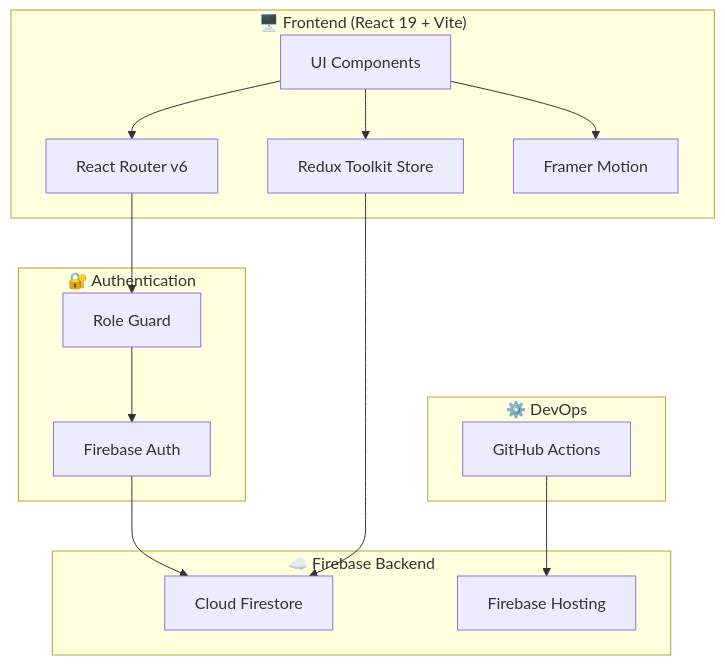
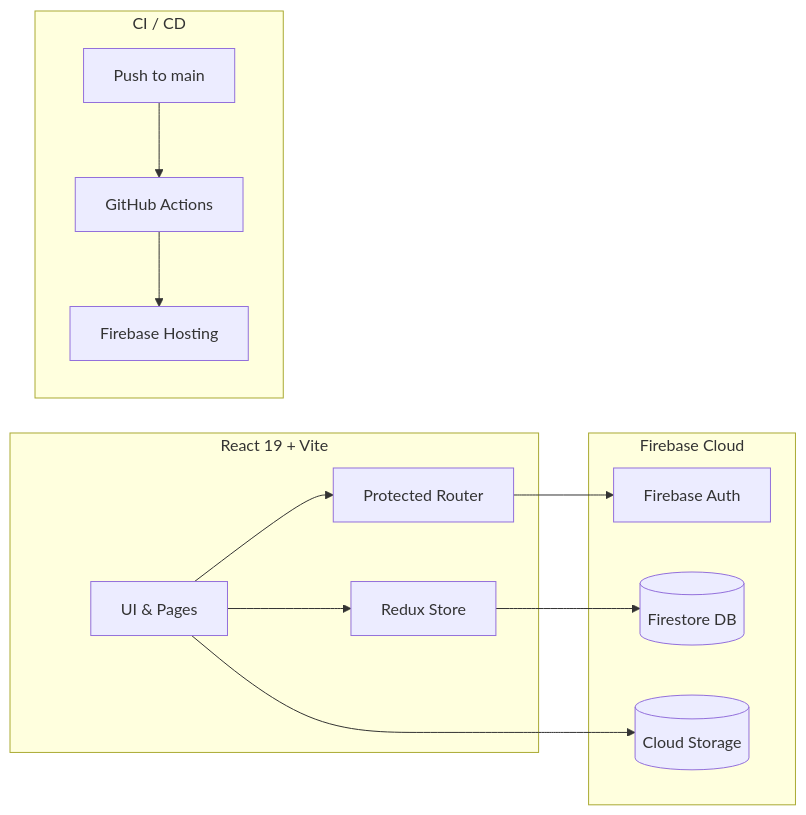
The diagram in README.md (ShelumHansana/SmartED), drawn with Mermaid before and after one commit. The commit also changed other lines of this file and 14 other files, not shown here.

````diff
--- a/README.md
+++ b/README.md
@@ -121,32 +33,17 @@
 ```mermaid
-graph TB
-    subgraph Client["🖥️ Frontend (React 19 + Vite)"]
-        UI["UI Components"]
-        Redux["Redux Toolkit Store"]
-        Router["React Router v6"]
-        FM["Framer Motion"]
+graph LR
+    subgraph Frontend["React 19 + Vite"]
+        UI[UI & Pages] --> Redux[Redux Store]
+        UI --> Router[Protected Router]
     end
 
-    subgraph Auth["🔐 Authentication"]
-        FA["Firebase Auth"]
-        RG["Role Guard"]
+    subgraph Firebase["Firebase Cloud"]
+        Router --> Auth[Firebase Auth]
+        Redux --> DB[(Firestore DB)]
+        UI --> Storage[(Cloud Storage)]
     end
 
-    subgraph Backend["☁️ Firebase Backend"]
-        FS["Cloud Firestore"]
-        FH["Firebase Hosting"]
+    subgraph DevOps["CI / CD"]
+        Git[Push to main] --> Actions[GitHub Actions] --> Hosting[Firebase Hosting]
     end
-
-    subgraph CI["⚙️ DevOps"]
-        GA["GitHub Actions"]
-    end
-
-    UI --> Redux
-    UI --> Router
-    UI --> FM
-    Router --> RG
-    RG --> FA
-    FA --> FS
-    Redux --> FS
-    GA --> FH
 ```
````
